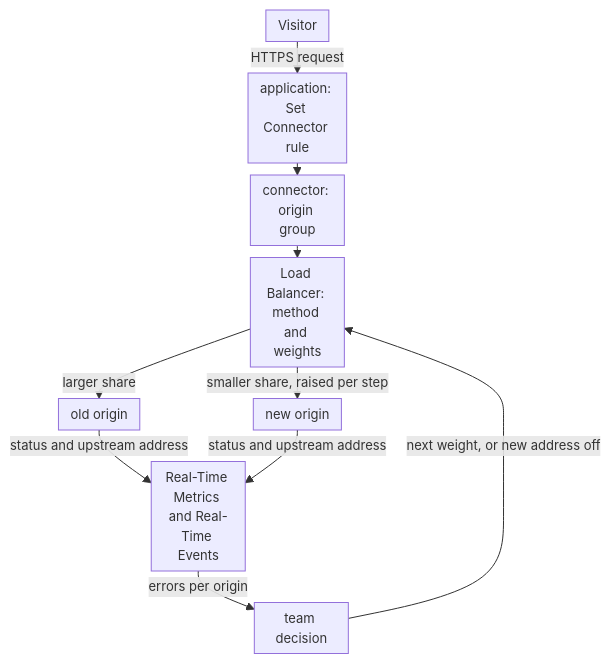
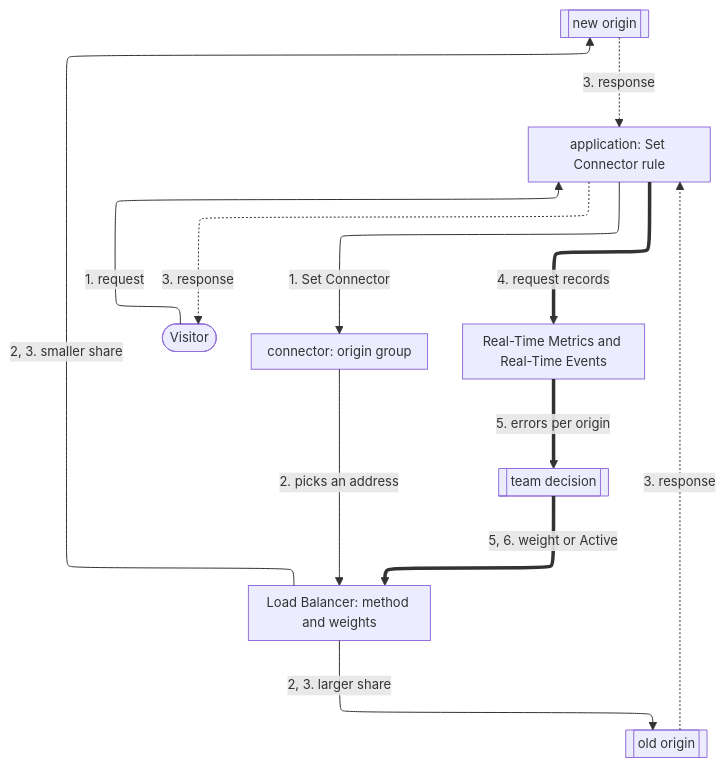
Before and after one commit to aziontech/docs: the first of 2 diagrams in apps/docs/src/content/docs/en/pages/use-cases/build-and-run-applications/migrate-an-application-to-a-new-origin-without-downtime.mdx, drawn with Mermaid. The commit also changed other lines of this file and 55 other files, not shown here.

Commit message:
docs(use-cases): redraw the use-case diagrams with the way back and check their claims (#2509)

````diff
--- a/apps/docs/src/content/docs/en/pages/use-cases/build-and-run-applications/migrate-an-application-to-a-new-origin-without-downtime.mdx
+++ b/apps/docs/src/content/docs/en/pages/use-cases/build-and-run-applications/migrate-an-application-to-a-new-origin-without-downtime.mdx
@@ -41,13 +43,23 @@
 ```mermaid
-%%{init: {"layout": "dagre", "themeVariables": {"fontSize": "13px"}, "flowchart": {"nodeSpacing": 12, "rankSpacing": 12, "padding": 6, "wrappingWidth": 70, "minNodeWidth": 40, "useMaxWidth": true}}}%%
+%%{init: {"layout": "elk", "themeVariables": {"fontSize": "13px"}, "flowchart": {"nodeSpacing": 24, "rankSpacing": 36, "padding": 8, "wrappingWidth": 150, "useMaxWidth": true}, "sequence": {"width": 120, "actorMargin": 30, "useMaxWidth": true}}}%%
 flowchart TD
-  Visitor["Visitor"] -->|"HTTPS request"| App["application: Set Connector rule"]
-  App --> Conn["connector: origin group"]
-  Conn --> LB["Load Balancer: method and weights"]
-  LB -->|"larger share"| Old["old origin"]
-  LB -->|"smaller share, raised per step"| New["new origin"]
-  Old -->|"status and upstream address"| Obs["Real-Time Metrics and Real-Time Events"]
-  New -->|"status and upstream address"| Obs
-  Obs -->|"errors per origin"| Team["team decision"]
-  Team -->|"next weight, or new address off"| LB
+  Visitor(["Visitor"])
+  App["application: Set Connector rule"]
+  Conn["connector: origin group"]
+  LB["Load Balancer: method and weights"]
+  Old[["old origin"]]
+  New[["new origin"]]
+  Obs["Real-Time Metrics and Real-Time Events"]
+  Team[["team decision"]]
+  Visitor -->|"1. request"| App
+  App -->|"1. Set Connector"| Conn
+  Conn -->|"2. picks an address"| LB
+  LB -->|"2, 3. larger share"| Old
+  LB -->|"2, 3. smaller share"| New
+  Old -.->|"3. response"| App
+  New -.->|"3. response"| App
+  App -.->|"3. response"| Visitor
+  App ==>|"4. request records"| Obs
+  Obs ==>|"5. errors per origin"| Team
+  Team ==>|"5, 6. weight or Active"| LB
 ```
````
